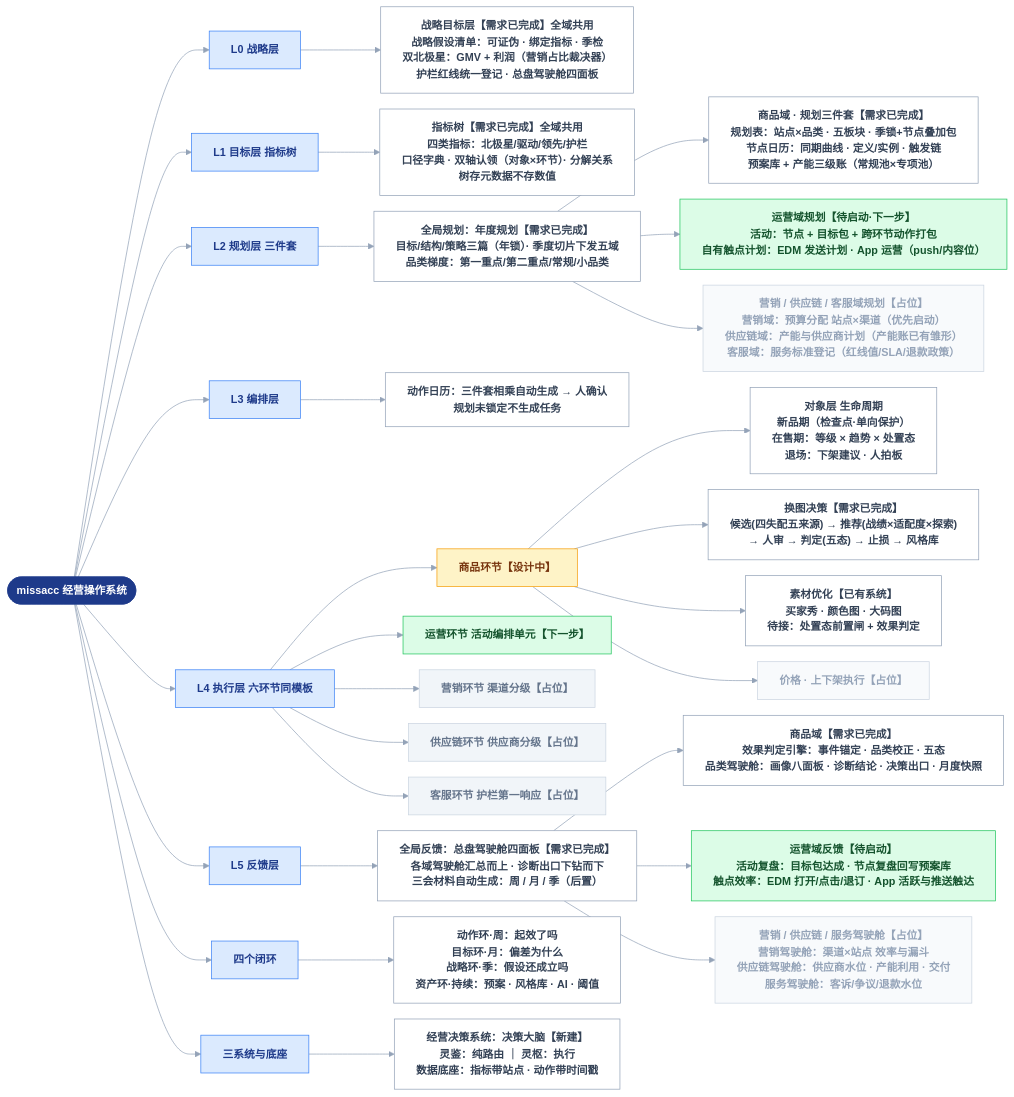
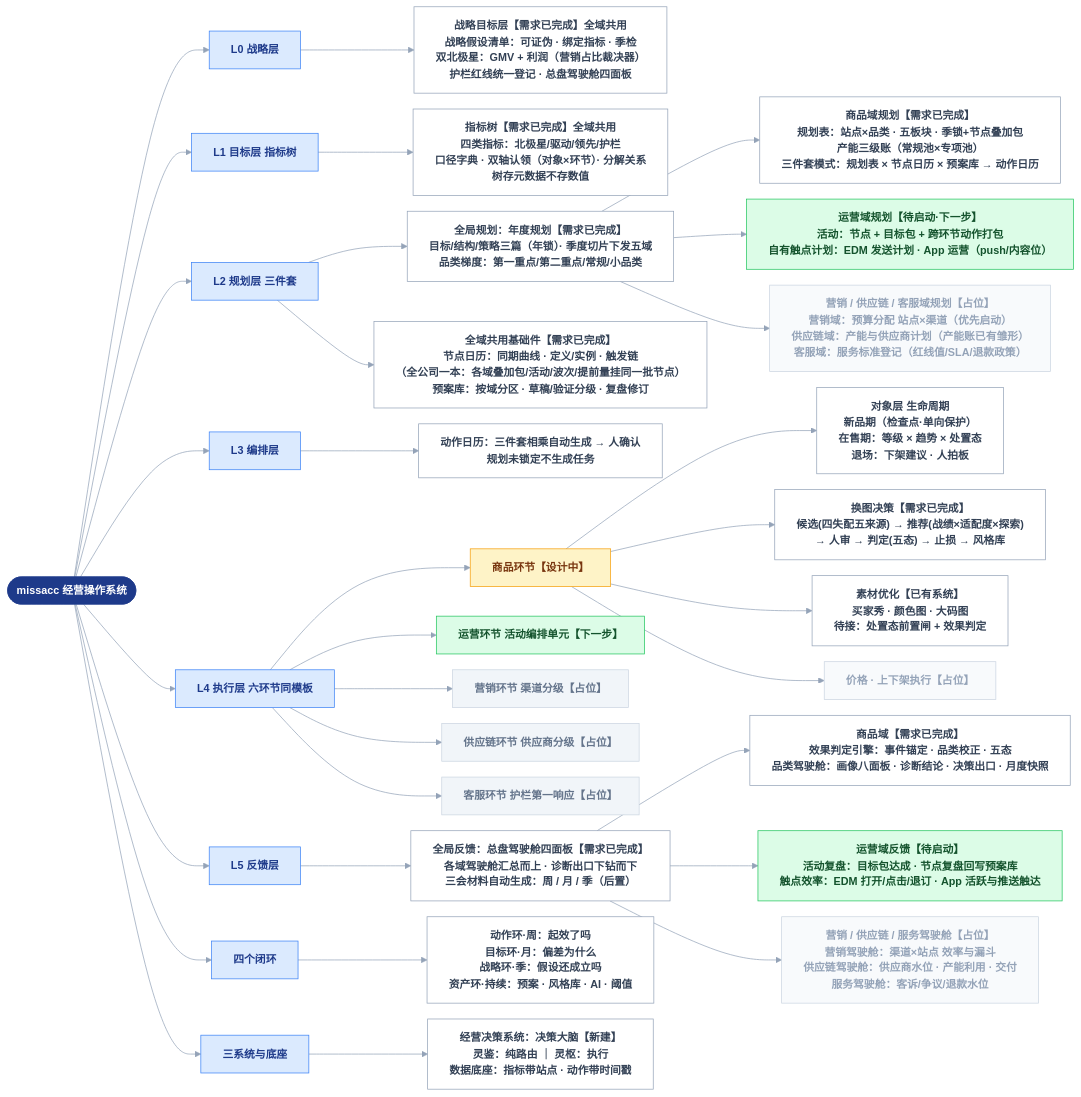
One commit to devlee/ma changed the diagram in docs/系统结构总览.md. Above: the diagram before and after it, drawn with Mermaid. The commit also changed other lines of this file, not shown here.

```diff
--- a/docs/系统结构总览.md
+++ b/docs/系统结构总览.md
@@ -34,10 +34,14 @@
   L2 --> L2A["全局规划：年度规划【需求已完成】
 目标/结构/策略三篇（年锁）· 季度切片下发五域
 品类梯度：第一重点/第二重点/常规/小品类"]:::leaf
-  L2A --> L2C["商品域 · 规划三件套【需求已完成】
+  L2 --> L2S["全域共用基础件【需求已完成】
+节点日历：同期曲线 · 定义/实例 · 触发链
+（全公司一本：各域叠加包/活动/波次/提前量挂同一批节点）
+预案库：按域分区 · 草稿/验证分级 · 复盘修订"]:::leaf
+  L2A --> L2C["商品域规划【需求已完成】
 规划表：站点×品类 · 五板块 · 季锁+节点叠加包
-节点日历：同期曲线 · 定义/实例 · 触发链
-预案库 + 产能三级账（常规池×专项池）"]:::leaf
+产能三级账（常规池×专项池）
+三件套模式：规划表 × 节点日历 × 预案库 → 动作日历"]:::leaf
   L2A --> L2O["运营域规划【待启动·下一步】
 活动：节点 + 目标包 + 跨环节动作打包
 自有触点计划：EDM 发送计划 · App 运营（push/内容位）"]:::env
```
